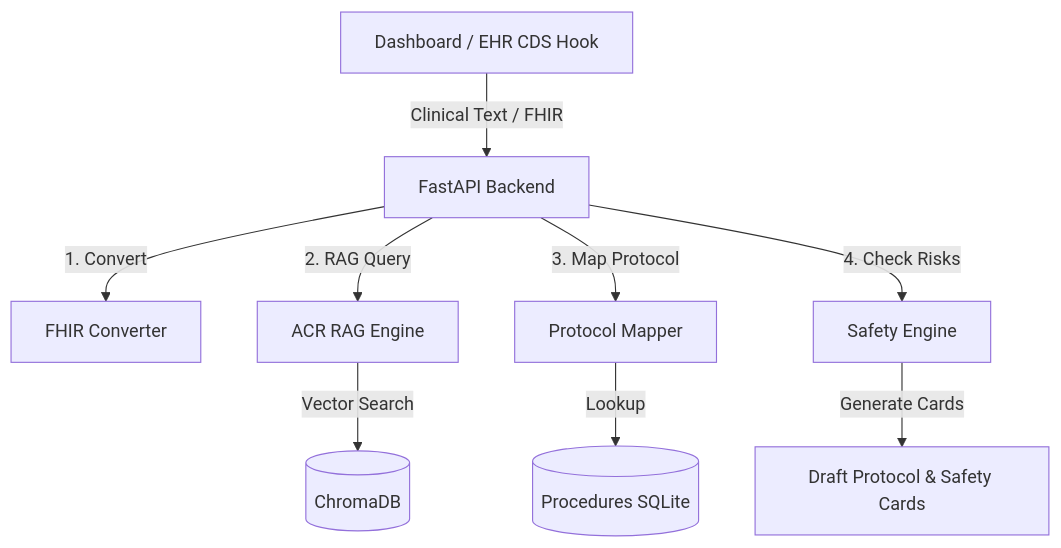
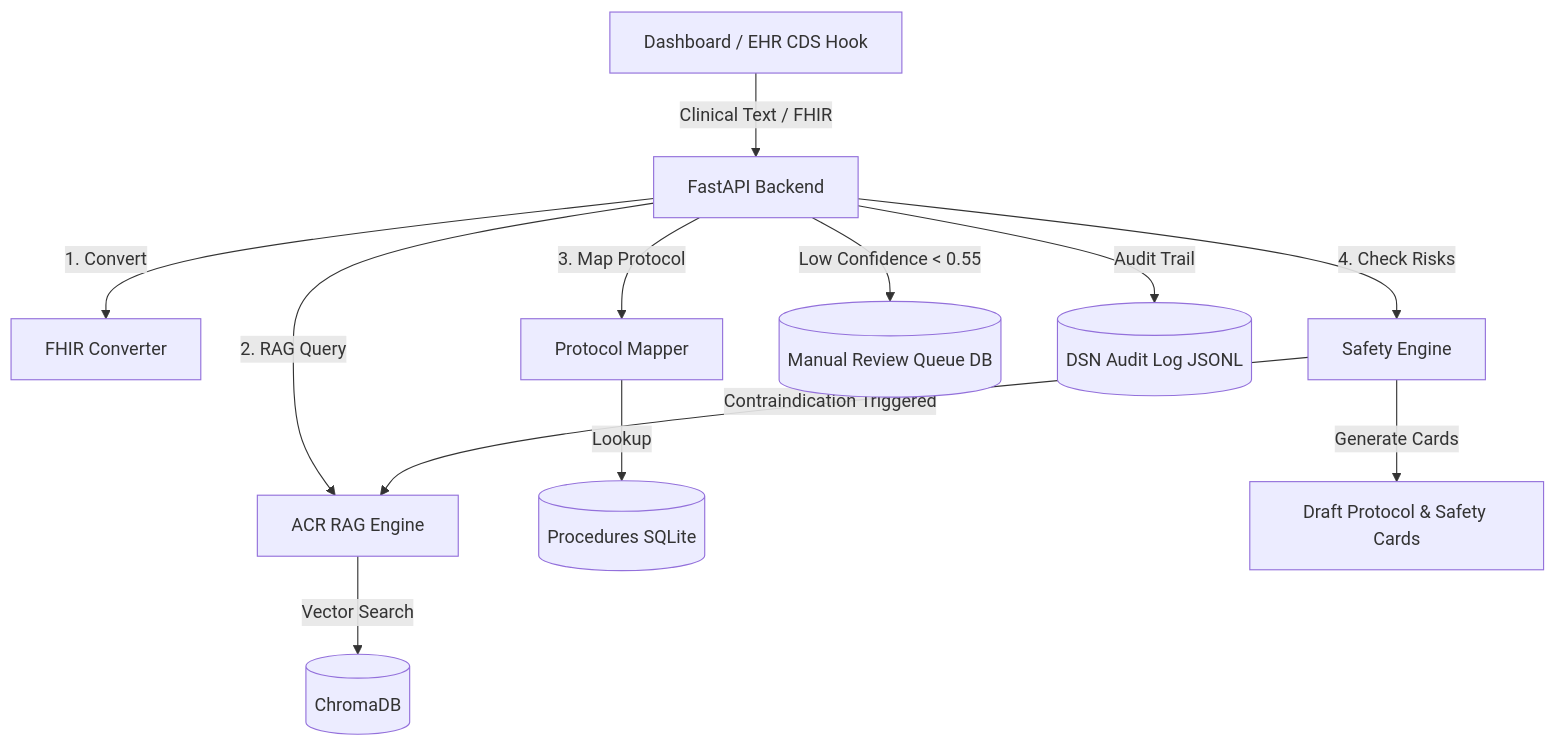
One commit to khongp/acr-ac-rag changed the diagram in README.md. Above: the diagram before and after it, drawn with Mermaid. The commit also changed other lines of this file and 1 other file, not shown here.

````diff
--- a/README.md
+++ b/README.md
@@ -24,11 +29,14 @@
 ```mermaid
 graph TD
     Client[Dashboard / EHR CDS Hook] -->|Clinical Text / FHIR| API[FastAPI Backend]
     API -->|1. Convert| FHIR[FHIR Converter]
     API -->|2. RAG Query| RAG[ACR RAG Engine]
     RAG -->|Vector Search| Chroma[(ChromaDB)]
     API -->|3. Map Protocol| Mapper[Protocol Mapper]
     Mapper -->|Lookup| SQLite[(Procedures SQLite)]
     API -->|4. Check Risks| Safety[Safety Engine]
+    Safety -->|Contraindication Triggered| RAG
     Safety -->|Generate Cards| Output[Draft Protocol & Safety Cards]
+    API -->|Low Confidence < 0.55| RQ[(Manual Review Queue DB)]
+    API -->|Audit Trail| AL[(DSN Audit Log JSONL)]
 ```
````
